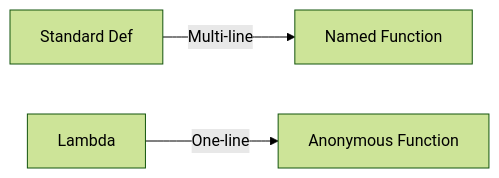
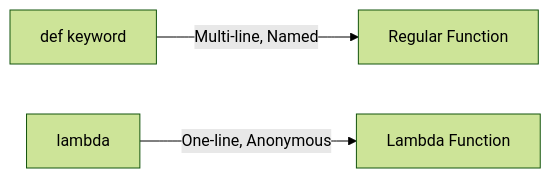
The first of 8 diagrams in interview_questions_visualized.md (nihalgbailur/Gen_AI_100_questions), drawn with Mermaid (forest theme) before and after one commit. The commit also changed other lines of this file, not shown here.

Commit message:
Reformat interview Q&A with one-liner + elaboration format for interviews

````diff
--- a/interview_questions_visualized.md
+++ b/interview_questions_visualized.md
@@ -22,5 +70,5 @@
 ```mermaid
 graph LR
-    Def[Standard Def] -->|Multi-line| Name[Named Function]
-    Lambda[Lambda] -->|One-line| Anon[Anonymous Function]
+    Def[def keyword] -->|Multi-line, Named| RegularFunc[Regular Function]
+    Lambda[lambda] -->|One-line, Anonymous| AnonFunc[Lambda Function]
 ```
````
